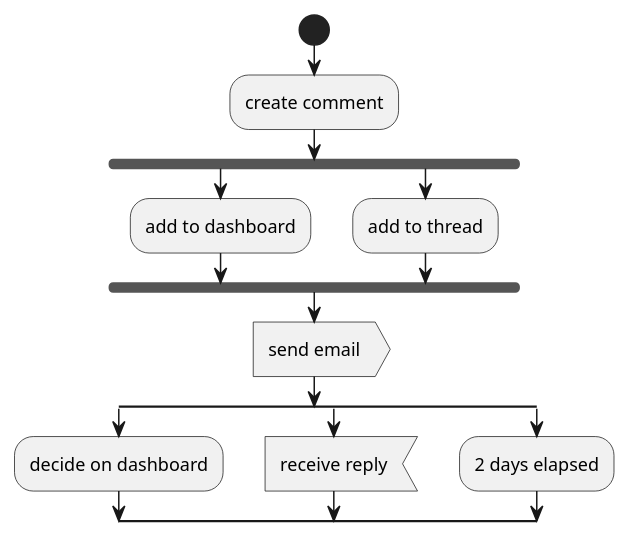
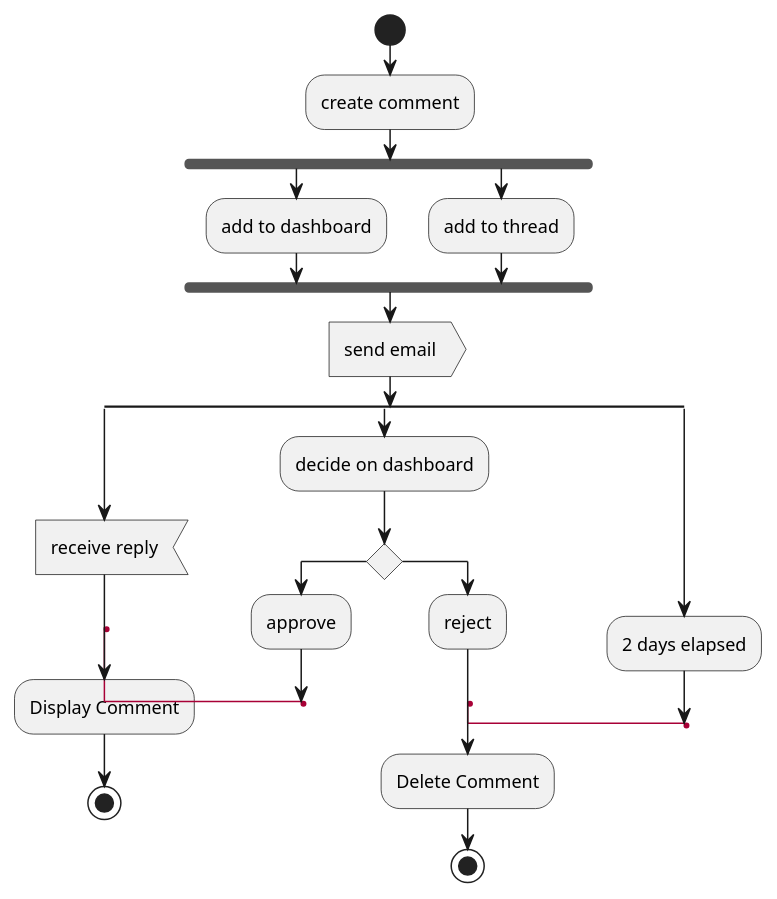
One commit to oli-clarke/plantUML-training changed the diagram in activityDiagram.puml. Above: the diagram before and after it, drawn with PlantUML. The commit also changed 1 other file, not shown here.

Commit message:
Update activityDiagram to use experimental GOTO feature (ugly, but works...)
Tidy up legacy format activityDiagram to use as aliases

```diff
--- a/activityDiagram.puml
+++ b/activityDiagram.puml
@@ -1,21 +1,35 @@
-@startuml
-'activity diagram'
+@startuml beta syntax
+
 start
 :create comment;
 fork
     :add to dashboard;
 fork again
     :add to thread;
 end fork
 :send email>
 split
+    :receive reply<
+    label approve
+    :Display Comment;
+    stop
+
+split again
     :decide on dashboard;
-split again
-    :receive reply<
+    if () then
+        :approve;
+        goto approve
+    else
+        :reject;
+        label reject
+        :Delete Comment;
+        stop
+    endif
+
 split again
     :2 days elapsed;
+    goto reject
+
 end split
 
-
-
 @enduml
```
